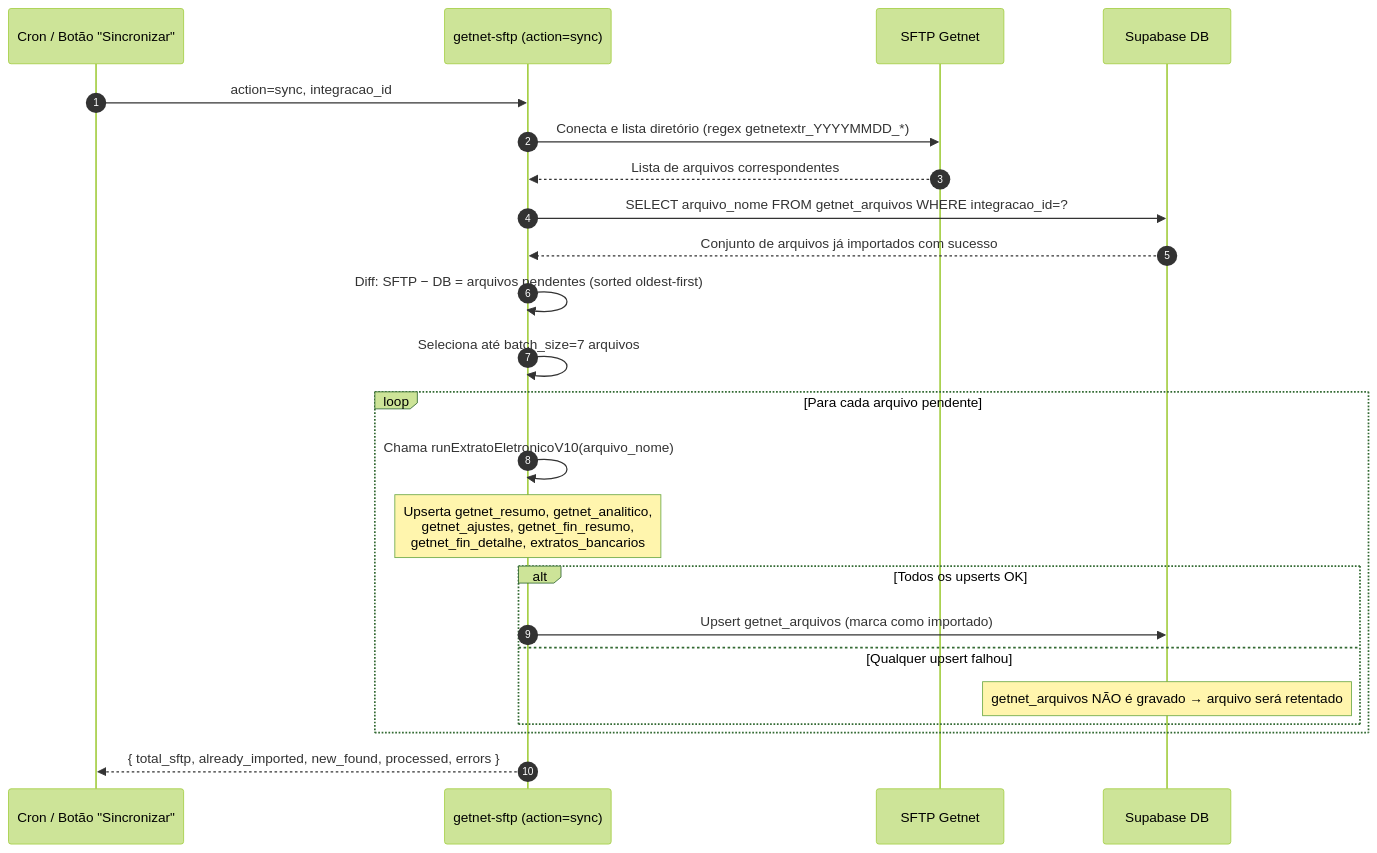
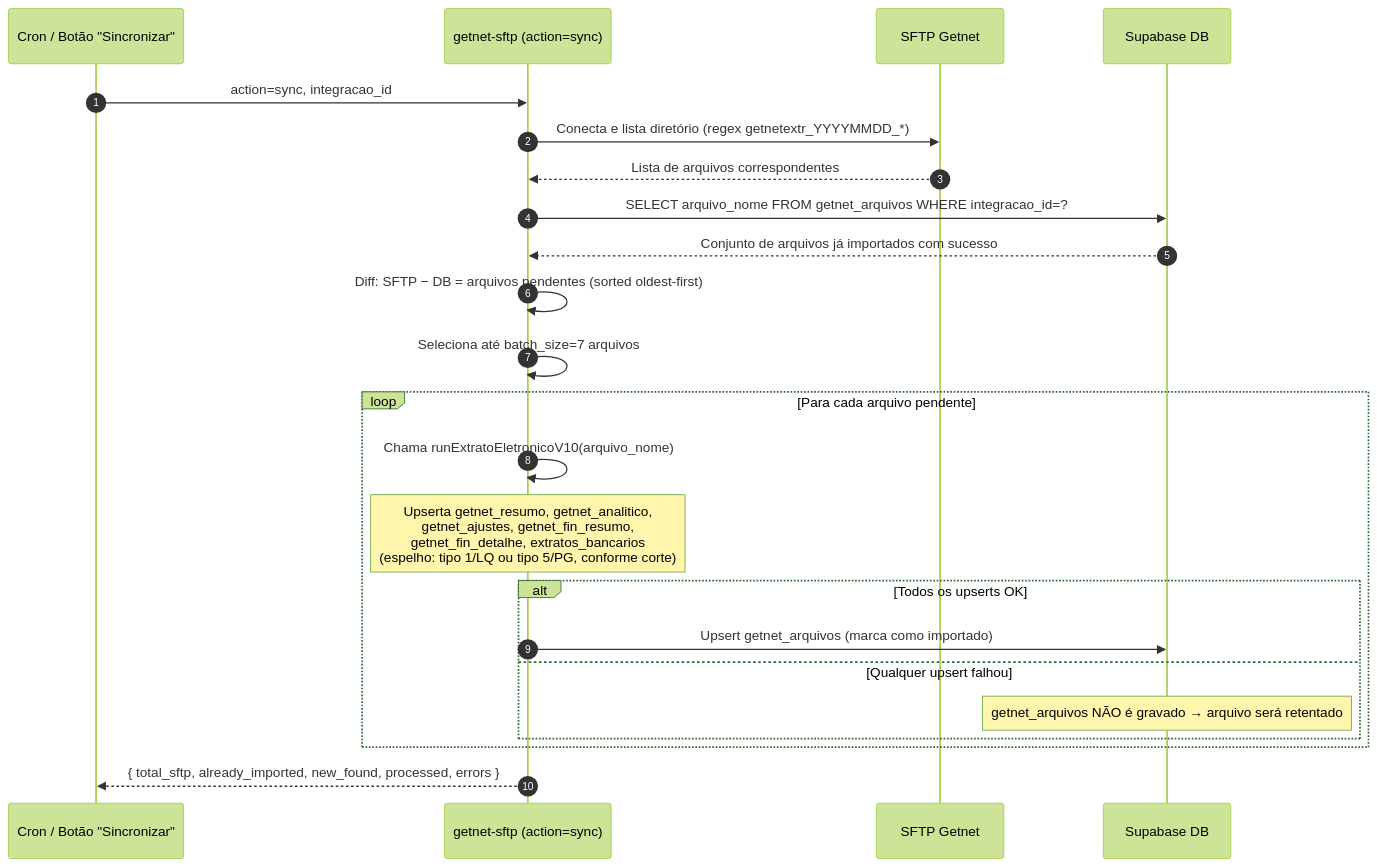
One commit to adrianoapc/igreja-carvalho changed the diagram in docs/diagramas/exports/fluxo-getnet-sftp_2.mmd. Above: the diagram before and after it, drawn with Mermaid (forest theme). The commit also changed 30 other files, not shown here.

Commit message:
chore(diagrams): export mermaid PNGs

```diff
--- a/docs/diagramas/exports/fluxo-getnet-sftp_2.mmd
+++ b/docs/diagramas/exports/fluxo-getnet-sftp_2.mmd
@@ -1,26 +1,26 @@
 sequenceDiagram
     autonumber
     participant Cron as Cron / Botão "Sincronizar"
     participant Fn as getnet-sftp (action=sync)
     participant SFTP as SFTP Getnet
     participant DB as Supabase DB
 
     Cron->>Fn: action=sync, integracao_id
     Fn->>SFTP: Conecta e lista diretório (regex getnetextr_YYYYMMDD_*)
     SFTP-->>Fn: Lista de arquivos correspondentes
     Fn->>DB: SELECT arquivo_nome FROM getnet_arquivos WHERE integracao_id=?
     DB-->>Fn: Conjunto de arquivos já importados com sucesso
     Fn->>Fn: Diff: SFTP − DB = arquivos pendentes (sorted oldest-first)
     Fn->>Fn: Seleciona até batch_size=7 arquivos
 
     loop Para cada arquivo pendente
         Fn->>Fn: Chama runExtratoEletronicoV10(arquivo_nome)
-        Note over Fn: Upserta getnet_resumo, getnet_analitico,<br/>getnet_ajustes, getnet_fin_resumo,<br/>getnet_fin_detalhe, extratos_bancarios
+        Note over Fn: Upserta getnet_resumo, getnet_analitico,<br/>getnet_ajustes, getnet_fin_resumo,<br/>getnet_fin_detalhe, extratos_bancarios<br/>(espelho: tipo 1/LQ ou tipo 5/PG, conforme corte)
         alt Todos os upserts OK
             Fn->>DB: Upsert getnet_arquivos (marca como importado)
         else Qualquer upsert falhou
             Note over DB: getnet_arquivos NÃO é gravado → arquivo será retentado
         end
     end
 
     Fn-->>Cron: { total_sftp, already_imported, new_found, processed, errors }
```
